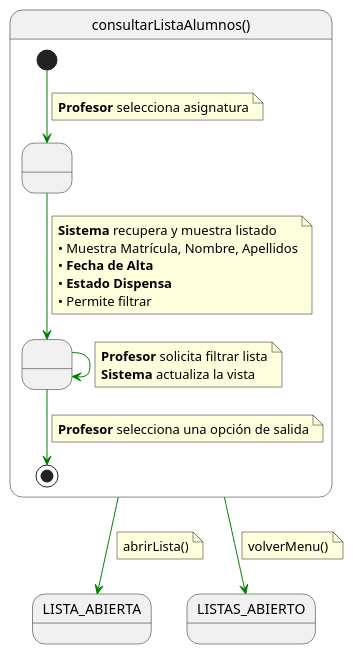
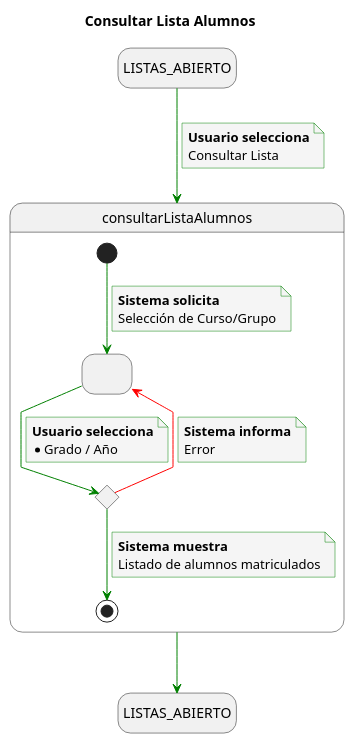
Before and after one commit to enmabry/25-26-IdSw1-SdR: the diagram in documents/CasosDeUso/DetalladoCasosDeUso/Profesor/consultarListaAlumnos.puml, drawn with PlantUML. The commit also changed 12 other files, not shown here.

```diff
--- a/documents/CasosDeUso/DetalladoCasosDeUso/Profesor/consultarListaAlumnos.puml
+++ b/documents/CasosDeUso/DetalladoCasosDeUso/Profesor/consultarListaAlumnos.puml
@@ -1,46 +1,53 @@
-@startuml consultarListaAlumnos
+@startuml
+title Consultar Lista Alumnos
 
-skinparam linetype polyline
+skinparam {
+    NoteBackgroundColor #whiteSmoke
+    ArrowColor #green
+    NoteBorderColor #green
+    linetype polyline
+}
 
-state consultarListaAlumnos as "consultarListaAlumnos()" {
+hide empty description
 
-    state " " as SeleccionandoAsignatura
-    state " " as VisualizandoListado
+state startState as "LISTAS_ABIERTO"
+state endState as "LISTAS_ABIERTO"
 
-    [*] -[#green]-> SeleccionandoAsignatura 
+startState --> consultarListaAlumnos
+note on link
+    <b>Usuario selecciona</b>
+    Consultar Lista
+end note
+
+state consultarListaAlumnos {
+    state SeleccionGrupo as " "
+    state ValidarExistencia <<choice>>
+
+    [*] --> SeleccionGrupo
     note on link
-    <b>Profesor</b> selecciona asignatura
-    end note    
-    
-    SeleccionandoAsignatura -[#green]-> VisualizandoListado
+        <b>Sistema solicita</b>
+        Selección de Curso/Grupo
+    end note
+
+    SeleccionGrupo --> ValidarExistencia
     note on link
-    <b>Sistema</b> recupera y muestra listado
-    • Muestra Matrícula, Nombre, Apellidos
-    • <b>Fecha de Alta</b>
-    • <b>Estado Dispensa</b>
-    • Permite filtrar
+        <b>Usuario selecciona</b>
+        * Grado / Año
     end note
-    
-    VisualizandoListado -[#green]-> VisualizandoListado
+
+    ValidarExistencia -[#red]-> SeleccionGrupo
     note on link
-    <b>Profesor</b> solicita filtrar lista
-    <b>Sistema</b> actualiza la vista
+        <b>Sistema informa</b>
+        Error
     end note
-    
-    VisualizandoListado -[#green]-> [*]
+
+    ValidarExistencia --> [*]
     note on link
-    <b>Profesor</b> selecciona una opción de salida
+        <b>Sistema muestra</b>
+        Listado de alumnos matriculados
     end note
 }
 
-consultarListaAlumnos -[#green]-> LISTA_ABIERTA
-note on link
-abrirLista()
-end note
-
-consultarListaAlumnos -[#green]-> LISTAS_ABIERTO
-note on link
-volverMenu()
-end note
+consultarListaAlumnos --> endState
 
 @enduml
```
